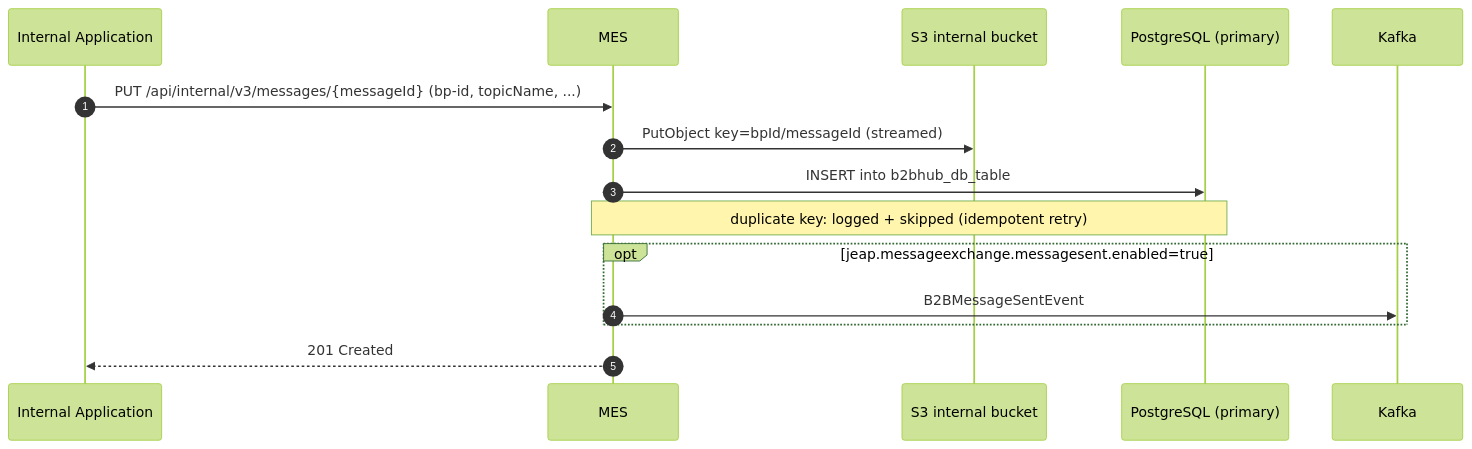
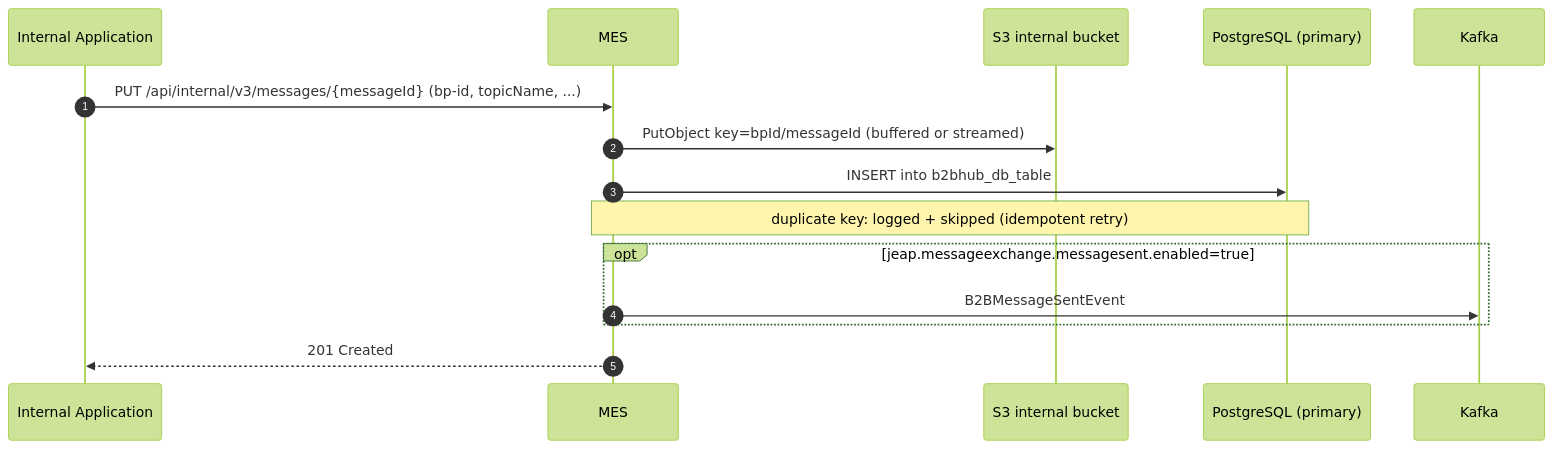
The fourth of 5 diagrams in docs/message-flows.md (jeap-admin-ch/jeap-message-exchange-service), drawn with Mermaid (forest theme) before and after one commit. The commit also changed other lines of this file, not shown here.

Commit message:
JEAP-7230: Align message flow documentation with the buffered/streamed S3 upload behavior

````diff
--- a/docs/message-flows.md
+++ b/docs/message-flows.md
@@ -184,18 +186,18 @@
 ```mermaid
 sequenceDiagram
     autonumber
     participant INT as Internal Application
     participant MES
     participant S3 as S3 internal bucket
     participant DB as PostgreSQL (primary)
     participant K as Kafka
 
     INT->>MES: PUT /api/internal/v3/messages/{messageId} (bp-id, topicName, ...)
-    MES->>S3: PutObject key=bpId/messageId (streamed)
+    MES->>S3: PutObject key=bpId/messageId (buffered or streamed)
     MES->>DB: INSERT into b2bhub_db_table
     Note over MES,DB: duplicate key: logged + skipped (idempotent retry)
     opt jeap.messageexchange.messagesent.enabled=true
         MES->>K: B2BMessageSentEvent
     end
     MES-->>INT: 201 Created
 ```
````
